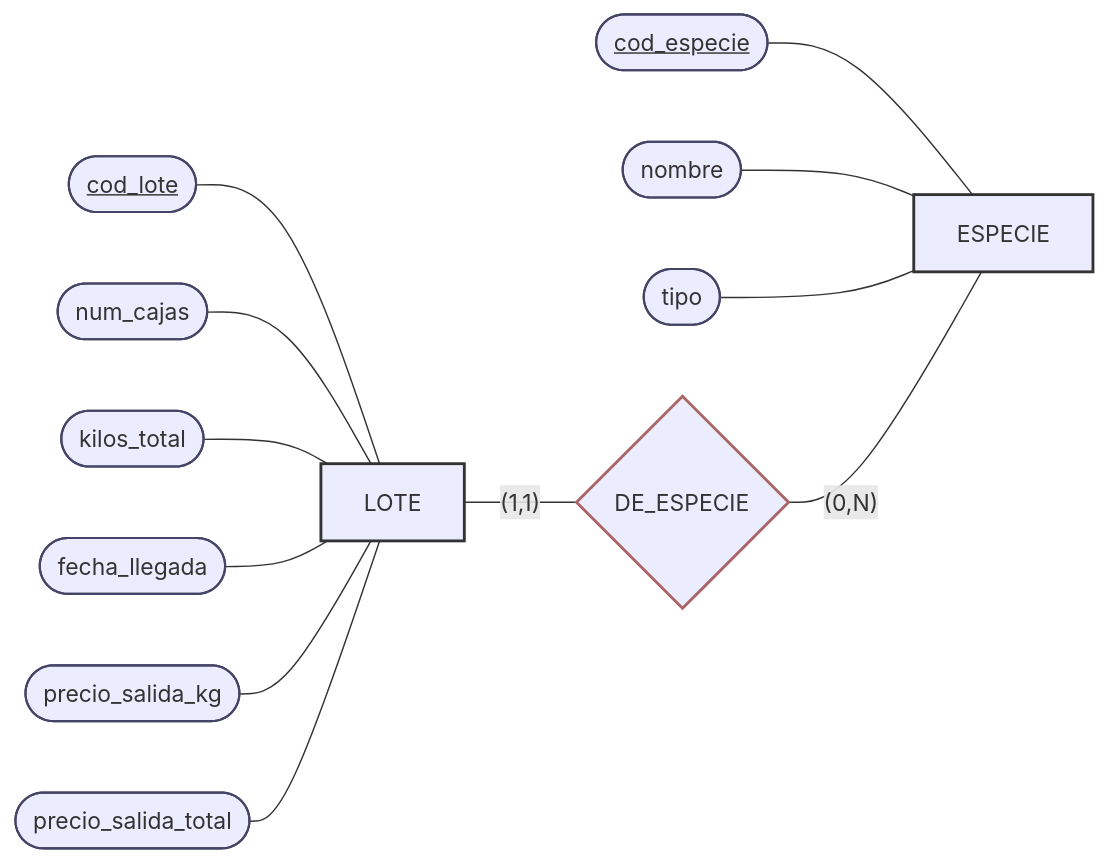
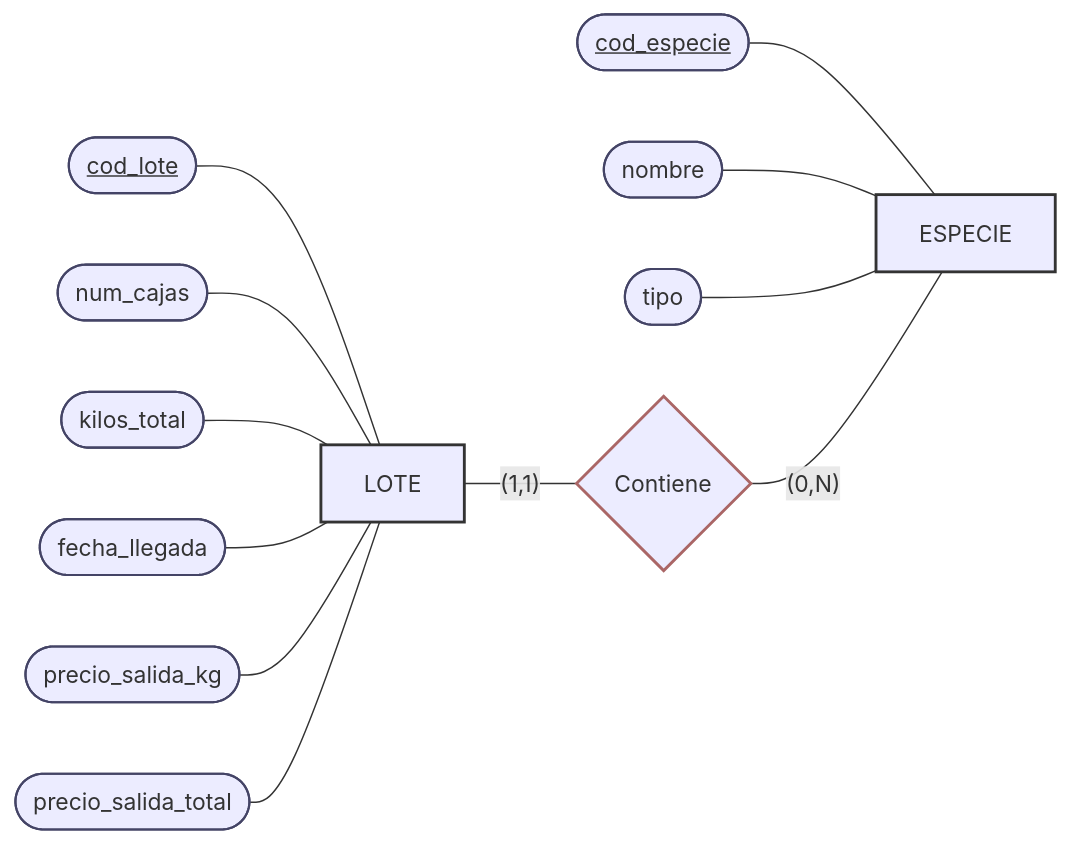
One commit to JulTob/BasesDeDatos changed the diagram in Practica/P1/Schema/Lote-Contiene-Especie.md. Above: the diagram before and after it, drawn with Mermaid.

Commit message:
Rename relationship from DeEspecie to Contiene

````diff
--- a/Practica/P1/Schema/Lote-Contiene-Especie.md
+++ b/Practica/P1/Schema/Lote-Contiene-Especie.md
@@ -1,32 +1,32 @@
 ```mermaid
 
 flowchart LR
     classDef entidad stroke:#333,stroke-width:2px;
     classDef relacion stroke:#a66,stroke-width:2px;
     classDef atributo stroke:#446,stroke-width:1.5px;
 
     %% Entidades
     Lote[LOTE]:::entidad
     Especie[ESPECIE]:::entidad
 
     %% Interrelación
-    DeEspecie{DE_ESPECIE}:::relacion
+    Contiene{Contiene}:::relacion
 
     %% Atributos de LOTE
     cod_lote(["<u>cod_lote</u>"]):::atributo --- Lote
     num_cajas([num_cajas]):::atributo --- Lote
     kilos_total([kilos_total]):::atributo --- Lote
     fecha_llegada([fecha_llegada]):::atributo --- Lote
     precio_kg([precio_salida_kg]):::atributo --- Lote
     precio_total([precio_salida_total]):::atributo --- Lote
 
     %% Atributos de ESPECIE
     cod_especie(["<u>cod_especie</u>"]):::atributo --- Especie
     nombre_especie([nombre]):::atributo --- Especie
     tipo_especie([tipo]):::atributo --- Especie
 
     %% Cardinalidades (mínimo, máximo)
-    Lote ---|"(1,1)"| DeEspecie
-    DeEspecie ---|"(0,N)"| Especie
+    Lote ---|"(1,1)"| Contiene
+    Contiene ---|"(0,N)"| Especie
 
 ```
````
